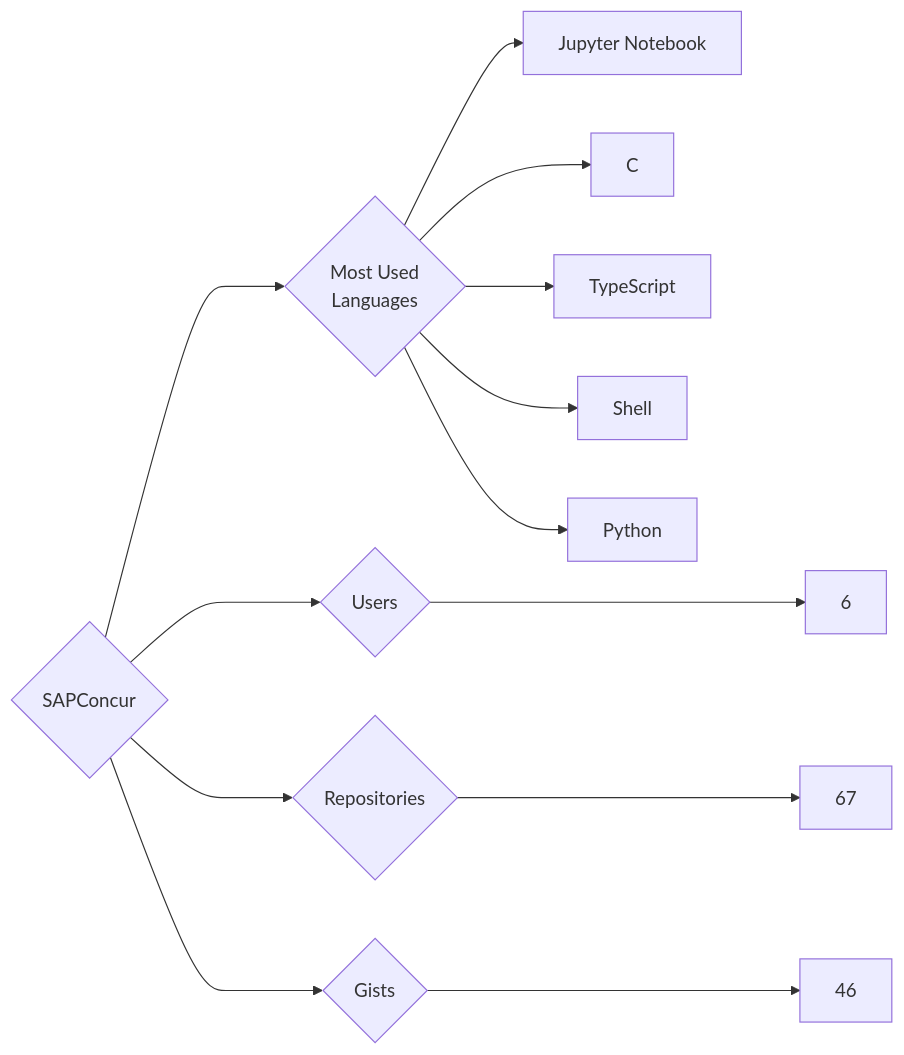
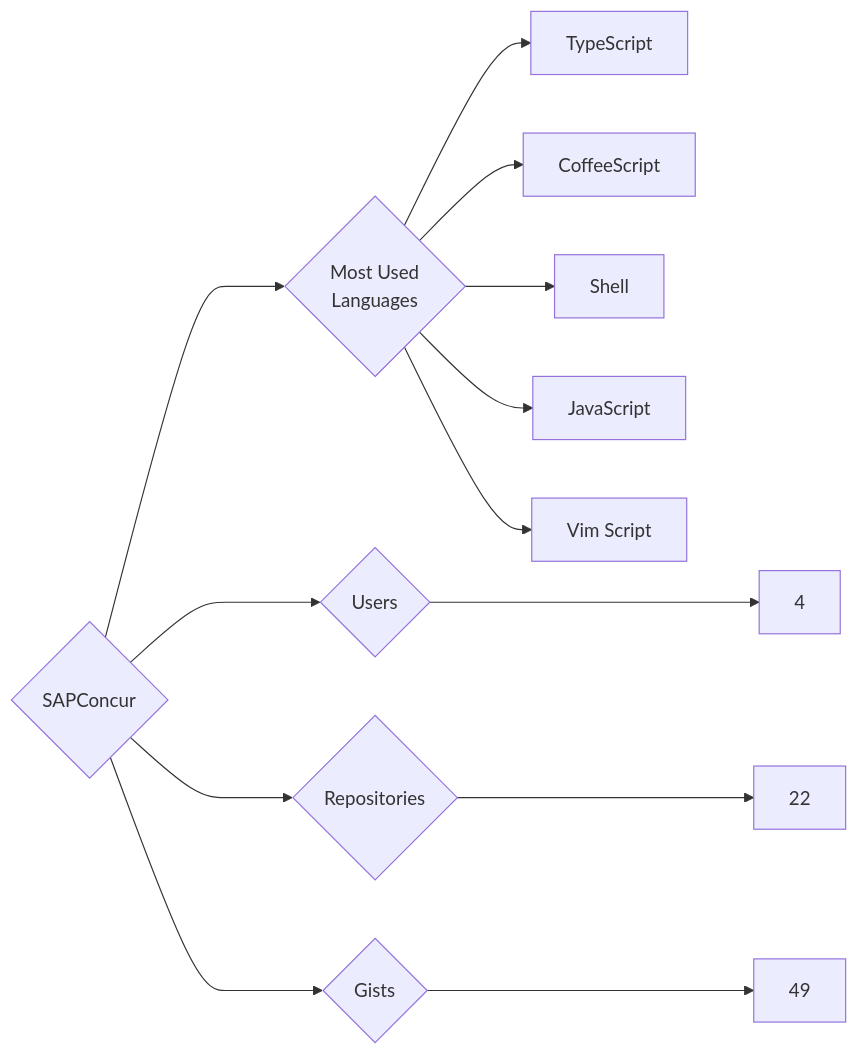
The diagram in targets/SAPConcur/README.md (trickest/insiders), drawn with Mermaid before and after one commit. The commit also changed 1479 other files, not shown here.

````diff
--- a/targets/SAPConcur/README.md
+++ b/targets/SAPConcur/README.md
@@ -3,13 +3,13 @@
 ```mermaid
 graph LR
 COMPANY_NAME{SAPConcur}
-COMPANY_NAME ---> U{Users} ---> UN[6]
-COMPANY_NAME ---> R{Repositories} ---> RN[67]
-COMPANY_NAME ---> G{Gists} ---> GN[46]
+COMPANY_NAME ---> U{Users} ---> UN[4]
+COMPANY_NAME ---> R{Repositories} ---> RN[22]
+COMPANY_NAME ---> G{Gists} ---> GN[49]
 COMPANY_NAME ---> ML{Most Used<br>Languages}
-ML --> Jupyter_Notebook[Jupyter Notebook]
-ML --> C[C]
 ML --> TypeScript[TypeScript]
+ML --> CoffeeScript[CoffeeScript]
 ML --> Shell[Shell]
-ML --> Python[Python]
+ML --> JavaScript[JavaScript]
+ML --> Vim_Script[Vim Script]
 ```
````
